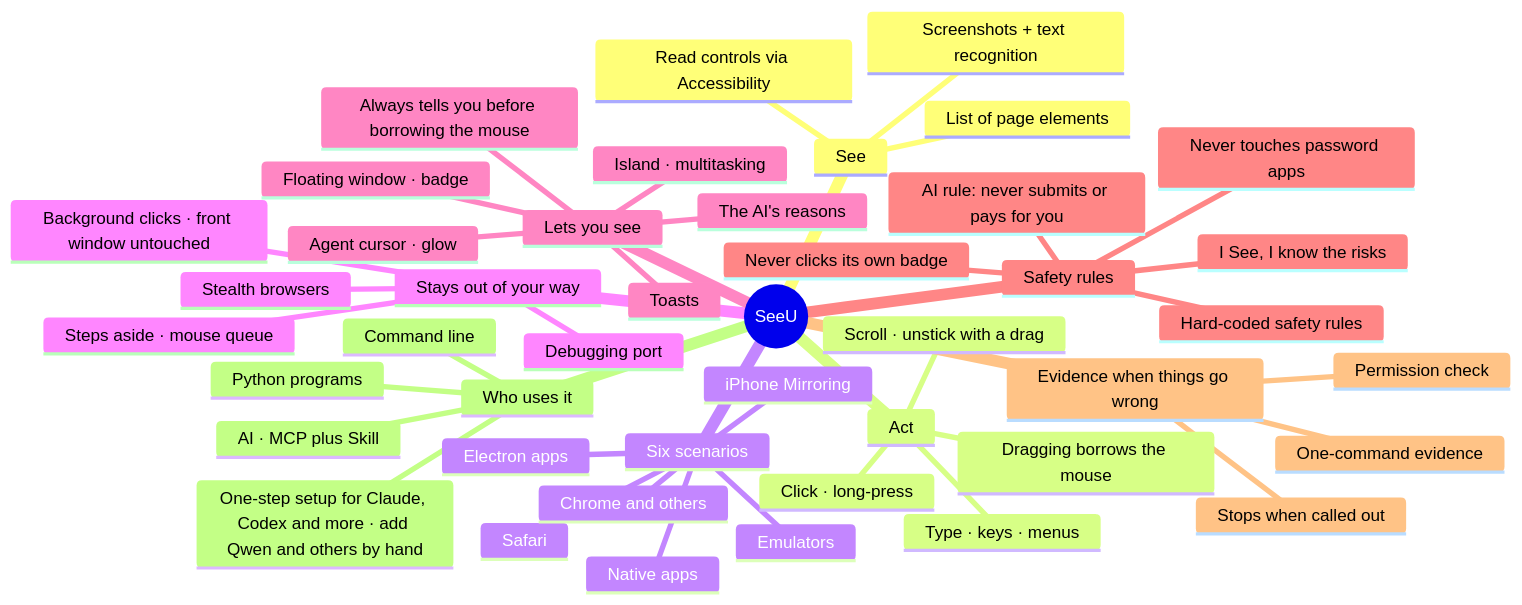
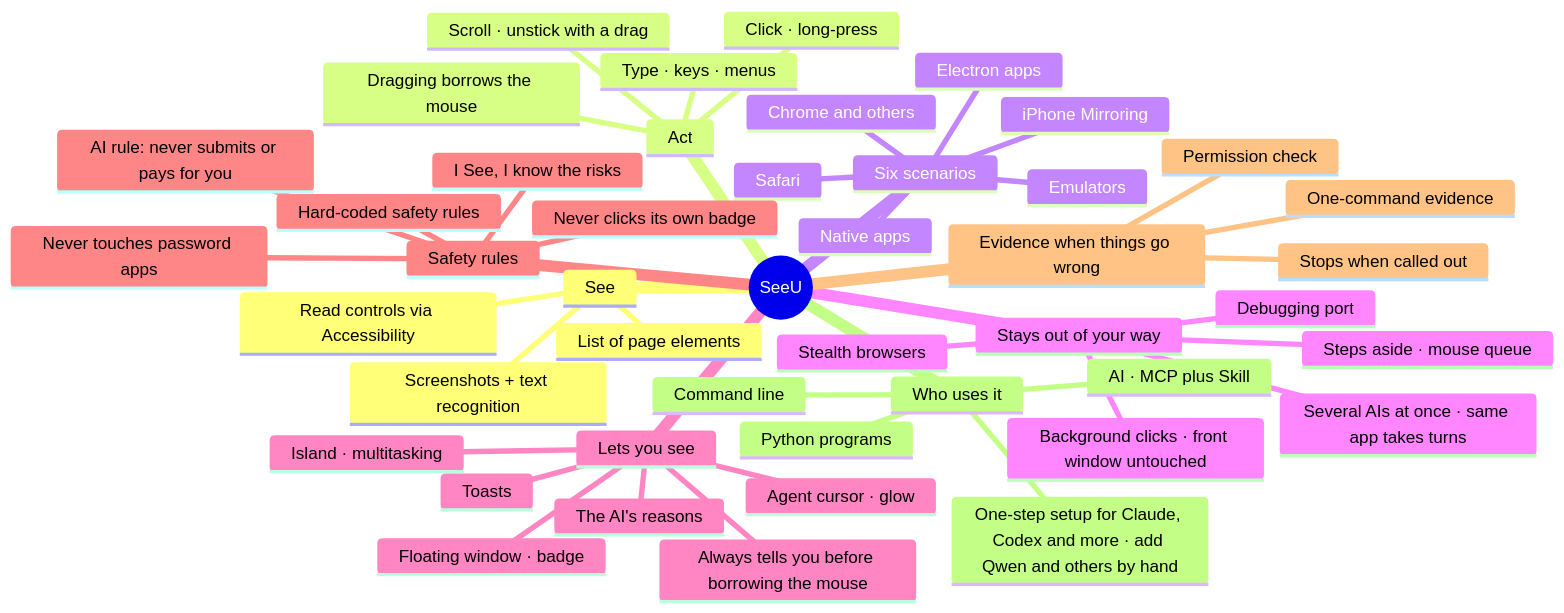
Diagram 13 of 13 in docs/SeeU-diagrams.md (Mr-Bingoo/seeu-computeruse), drawn with Mermaid before and after one commit. The commit also changed other lines of this file and 11 other files, not shown here.

````diff
--- a/docs/SeeU-diagrams.md
+++ b/docs/SeeU-diagrams.md
@@ -561,47 +567,48 @@
 ```mermaid
 mindmap
   root((SeeU))
     See
       Screenshots + text recognition
       Read controls via Accessibility
       List of page elements
     Act
       Click · long-press
       Type · keys · menus
       Scroll · unstick with a drag
       Dragging borrows the mouse
     Six scenarios
       Safari
       Chrome and others
       Electron apps
       Native apps
       Emulators
       iPhone Mirroring
     Stays out of your way
       Background clicks · front window untouched
       Steps aside · mouse queue
+      Several AIs at once · same app takes turns
       Stealth browsers
       Debugging port
     Lets you see
       Floating window · badge
       Island · multitasking
       Agent cursor · glow
       Toasts
       The AI's reasons
       Always tells you before borrowing the mouse
     Safety rules
       Hard-coded safety rules
       Never touches password apps
       Never clicks its own badge
       AI rule: never submits or pays for you
       I See, I know the risks
     Evidence when things go wrong
       Permission check
       One-command evidence
       Stops when called out
     Who uses it
       Python programs
       AI · MCP plus Skill
       One-step setup for Claude, Codex and more · add Qwen and others by hand
       Command line
 ```
````
